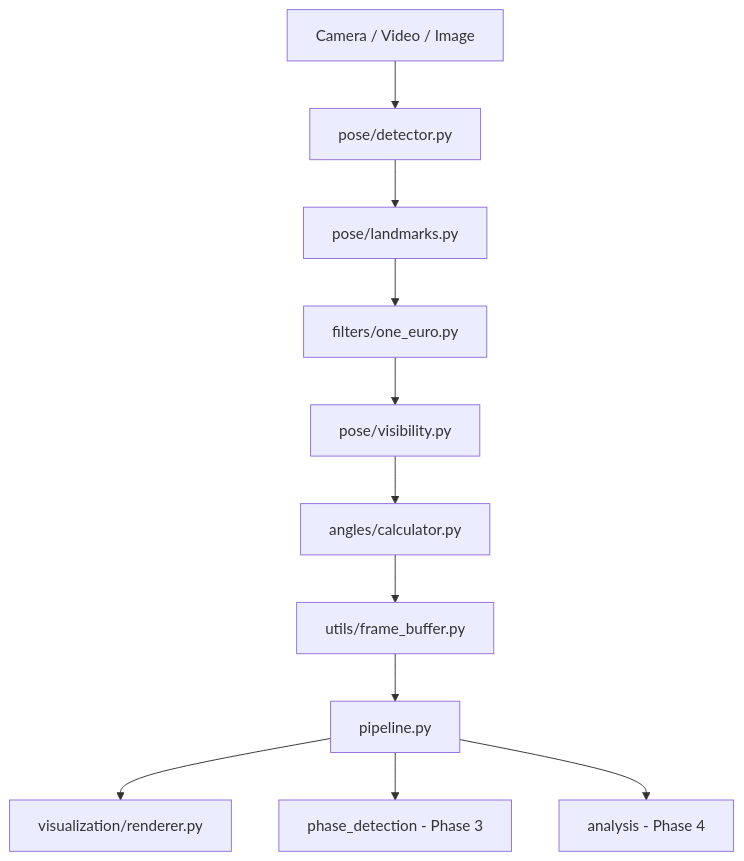
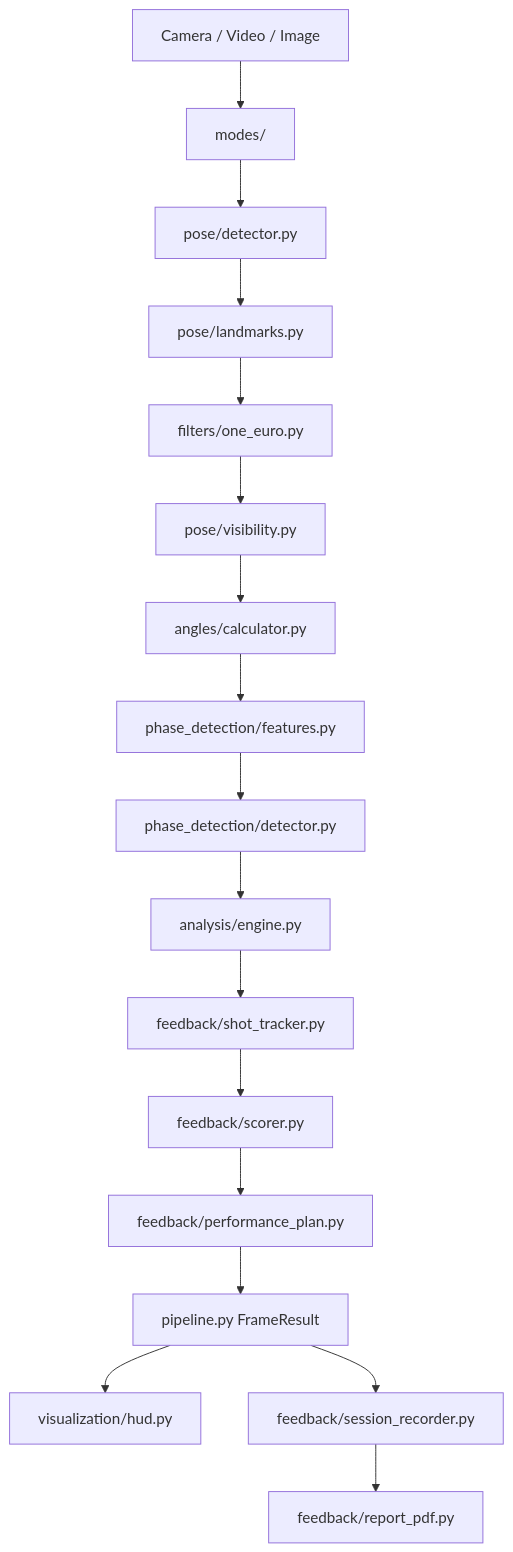
One commit to kareem-sh/Swishy changed the diagram in docs/ARCHITECTURE.md. Above: the diagram before and after it, drawn with Mermaid. The commit also changed other lines of this file and 48 other files, not shown here.

````diff
--- a/docs/ARCHITECTURE.md
+++ b/docs/ARCHITECTURE.md
@@ -50,13 +9,19 @@
 ```mermaid
 flowchart TD
-    Camera[Camera / Video / Image] --> Detector[pose/detector.py]
-    Detector --> Extract[pose/landmarks.py]
-    Extract --> Filter[filters/one_euro.py]
+    Input[Camera / Video / Image] --> Modes[modes/]
+    Modes --> Detector[pose/detector.py]
+    Detector --> Landmarks[pose/landmarks.py]
+    Landmarks --> Filter[filters/one_euro.py]
     Filter --> Visibility[pose/visibility.py]
     Visibility --> Angles[angles/calculator.py]
-    Angles --> Buffer[utils/frame_buffer.py]
-    Buffer --> Pipeline[pipeline.py]
-    Pipeline --> Renderer[visualization/renderer.py]
-    Pipeline --> FuturePhases[phase_detection - Phase 3]
-    Pipeline --> FutureRules[analysis - Phase 4]
+    Angles --> Features[phase_detection/features.py]
+    Features --> Phases[phase_detection/detector.py]
+    Phases --> Rules[analysis/engine.py]
+    Rules --> Tracker[feedback/shot_tracker.py]
+    Tracker --> Scorer[feedback/scorer.py]
+    Scorer --> Plan[feedback/performance_plan.py]
+    Plan --> Pipeline[pipeline.py FrameResult]
+    Pipeline --> HUD[visualization/hud.py]
+    Pipeline --> Recorder[feedback/session_recorder.py]
+    Recorder --> PDF[feedback/report_pdf.py]
 ```
````
